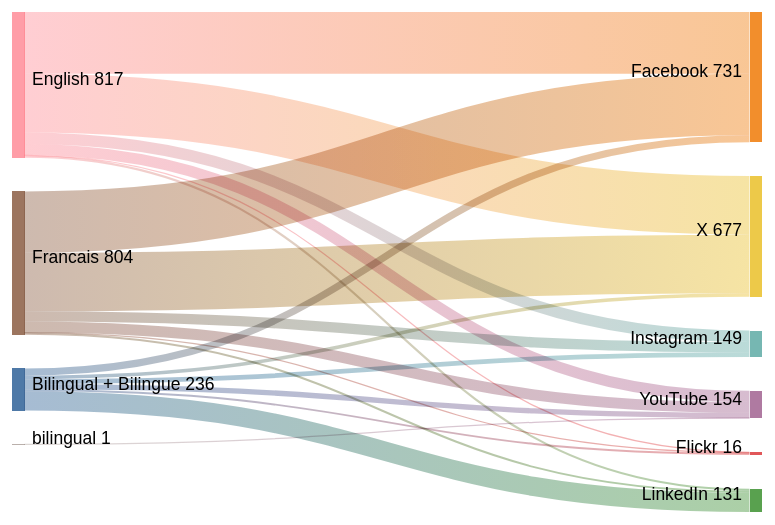
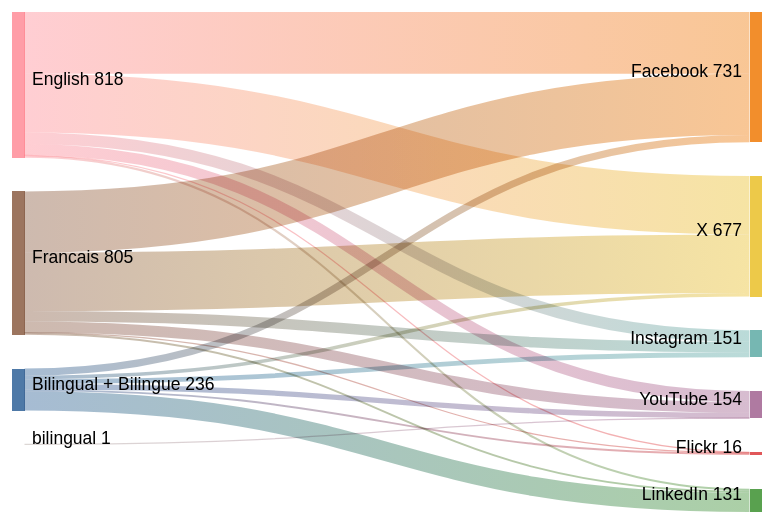
Before and after one commit to PatLittle/GC-Socials: the diagram in sankey_diagram.md, drawn with Mermaid (forest theme).

Commit message:
Update Sankey diagram for the most recent day

````diff
--- a/sankey_diagram.md
+++ b/sankey_diagram.md
@@ -1,22 +1,22 @@
 ```mermaid
 sankey-beta
   Bilingual + Bilingue,Facebook,40
   Bilingual + Bilingue,Flickr,11
   Bilingual + Bilingue,Instagram,27
   Bilingual + Bilingue,LinkedIn,108
   Bilingual + Bilingue,X,20
   Bilingual + Bilingue,YouTube,30
   English,Facebook,347
   English,Flickr,3
-  English,Instagram,64
+  English,Instagram,65
   English,LinkedIn,12
   English,X,329
   English,YouTube,62
   Francais,Facebook,344
   Francais,Flickr,2
-  Francais,Instagram,58
+  Francais,Instagram,59
   Francais,LinkedIn,11
   Francais,X,328
   Francais,YouTube,61
   bilingual,YouTube,1
 ```
````
